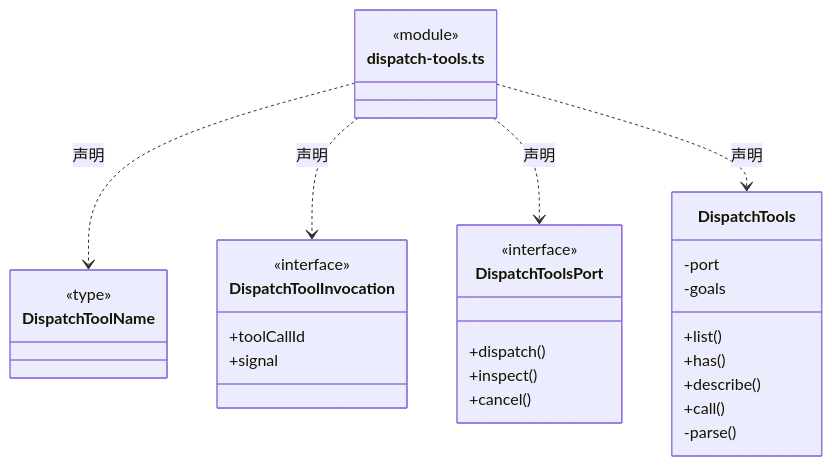
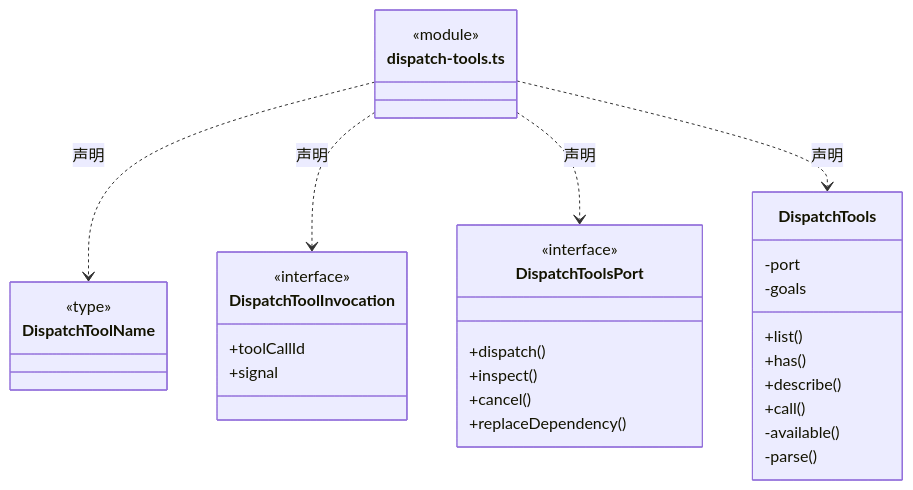
Before and after one commit to nan023062/cbim: the first of 6 diagrams in src/backend/scheduler-engine/tools/ARCHITECTURE.md, drawn with Mermaid. The commit also changed other lines of this file and 53 other files, not shown here.

````diff
--- a/src/backend/scheduler-engine/tools/ARCHITECTURE.md
+++ b/src/backend/scheduler-engine/tools/ARCHITECTURE.md
@@ -21,34 +21,36 @@
 ```mermaid
 classDiagram
 class N_src_backend_scheduler_engine_tools_dispatch_tools_ts["dispatch-tools.ts"] {
   <<module>>
 }
 class N_src_backend_scheduler_engine_tools_dispatch_tools_ts_DispatchToolName["DispatchToolName"] {
   <<type>>
 
 }
 N_src_backend_scheduler_engine_tools_dispatch_tools_ts ..> N_src_backend_scheduler_engine_tools_dispatch_tools_ts_DispatchToolName : 声明
 class N_src_backend_scheduler_engine_tools_dispatch_tools_ts_DispatchToolInvocation["DispatchToolInvocation"] {
   <<interface>>
   +toolCallId
   +signal
 }
 N_src_backend_scheduler_engine_tools_dispatch_tools_ts ..> N_src_backend_scheduler_engine_tools_dispatch_tools_ts_DispatchToolInvocation : 声明
 class N_src_backend_scheduler_engine_tools_dispatch_tools_ts_DispatchToolsPort["DispatchToolsPort"] {
   <<interface>>
   +dispatch()
   +inspect()
   +cancel()
+  +replaceDependency()
 }
 N_src_backend_scheduler_engine_tools_dispatch_tools_ts ..> N_src_backend_scheduler_engine_tools_dispatch_tools_ts_DispatchToolsPort : 声明
 class N_src_backend_scheduler_engine_tools_dispatch_tools_ts_DispatchTools["DispatchTools"] {
   +list()
   +has()
   +describe()
   +call()
   -port
   -goals
+  -available()
   -parse()
 }
 N_src_backend_scheduler_engine_tools_dispatch_tools_ts ..> N_src_backend_scheduler_engine_tools_dispatch_tools_ts_DispatchTools : 声明
 ```
````
